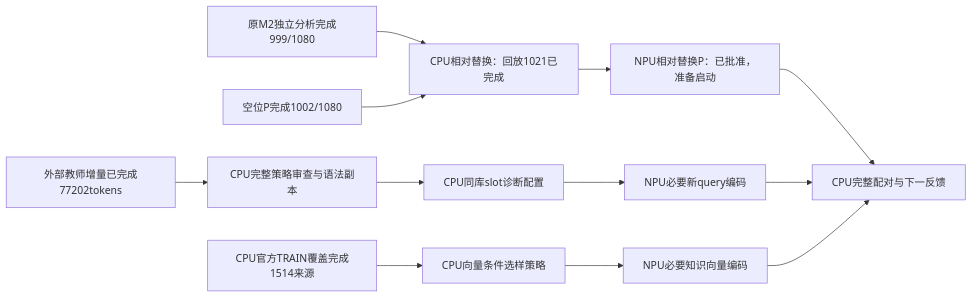
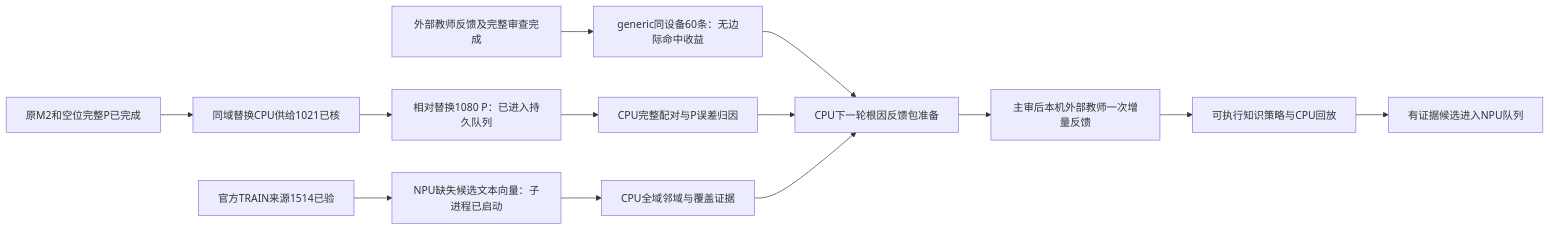
One commit to chaosxingxc-orion/omni changed the diagram in docs/decisions/TFRL-Execution-DAG.md. Above: the diagram before and after it, drawn with Mermaid. The commit also changed other lines of this file and 8 other files, not shown here.

````diff
--- a/docs/decisions/TFRL-Execution-DAG.md
+++ b/docs/decisions/TFRL-Execution-DAG.md
@@ -5,14 +5,15 @@
 ```mermaid
 flowchart LR
- A[原M2独立分析完成999/1080] --> R[CPU相对替换：回放1021已完成]
- V[空位P完成1002/1080] --> R
- R --> P[NPU相对替换P：已批准，准备启动]
- T[外部教师增量已完成77202tokens] --> S[CPU完整策略审查与语法副本]
- S --> C[CPU同库slot诊断配置]
- C --> E[NPU必要新query编码]
- O[CPU官方TRAIN覆盖完成1514来源] --> K[CPU向量条件选样策略]
- K --> B[NPU必要知识向量编码]
- P --> F[CPU完整配对与下一反馈]
- E --> F
- B --> F
+ M[原M2和空位完整P已完成] --> R[同域替换CPU供给1021已核]
+ R --> P[相对替换1080 P：已进入持久队列]
+ T[外部教师反馈及完整审查完成] --> G[generic同设备60条：无边际命中收益]
+ O[官方TRAIN来源1514已验] --> V[NPU缺失候选文本向量：子进程已启动]
+ V --> K[CPU全域邻域与覆盖证据]
+ G --> F[CPU下一轮根因反馈包准备]
+ P --> A[CPU完整配对与P误差归因]
+ A --> F
+ K --> F
+ F --> E[主审后本机外部教师一次增量反馈]
+ E --> C[可执行知识策略与CPU回放]
+ C --> N[有证据候选进入NPU队列]
 ```
````
